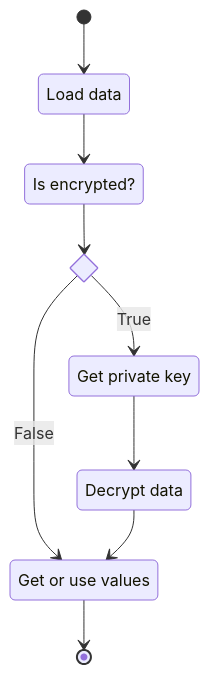
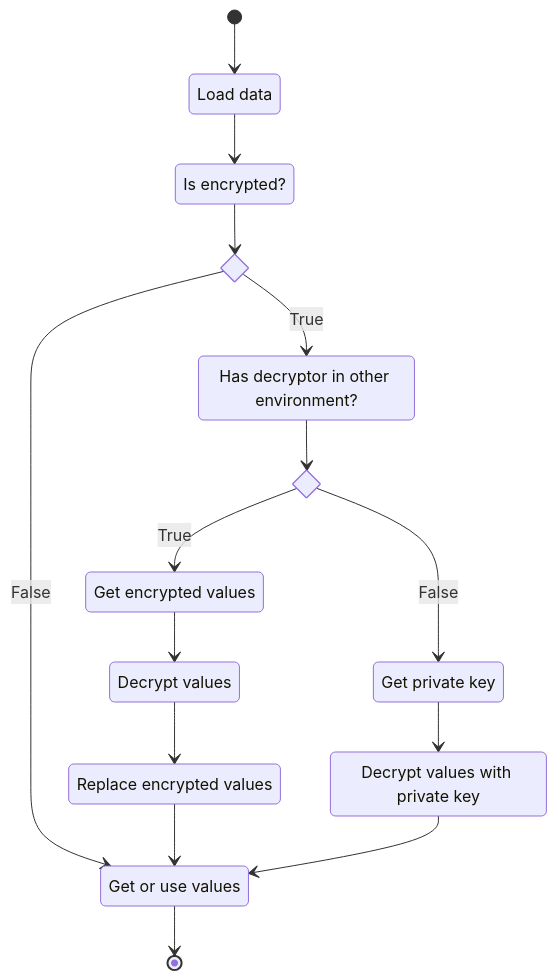
The diagram in docs/quickstart.md (Marqitos/php-dotenvx), drawn with Mermaid before and after one commit. The commit also changed 3 other files, not shown here.

````diff
--- a/docs/quickstart.md
+++ b/docs/quickstart.md
@@ -7,17 +7,28 @@
 ```mermaid
 stateDiagram-v2
     state "Load data" as load
     state "Is encrypted?" as isEncrypted
     state is_encrypted <<choice>>
+    state "Has decryptor in other environment?" as hasExternal
+    state has_external <<choice>>
     state "Get private key" as private
-    state "Decrypt data" as decrypt
+    state "Decrypt values with private key" as decryptPrivate
+    state "Get encrypted values" as getValues
+    state "Replace encrypted values" as replace
+    state "Decrypt values" as decrypt
     state "Get or use values" as use 
     [*] --> load
     load --> isEncrypted
     isEncrypted --> is_encrypted
     is_encrypted --> use: False
-    is_encrypted --> private: True
-    private --> decrypt
-    decrypt --> use
+    is_encrypted --> hasExternal: True
+    hasExternal --> has_external
+    has_external --> getValues: True
+    has_external --> private: False
+    getValues --> decrypt
+    decrypt --> replace
+    replace --> use
+    private --> decryptPrivate
+    decryptPrivate --> use
     use --> [*]
 ```
````
